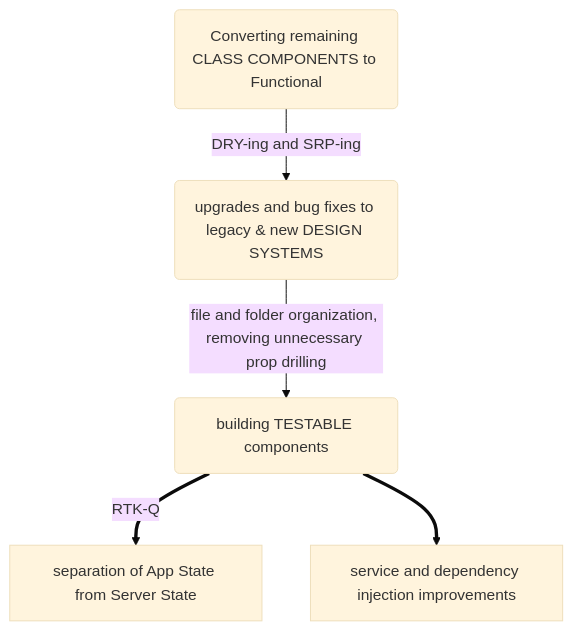
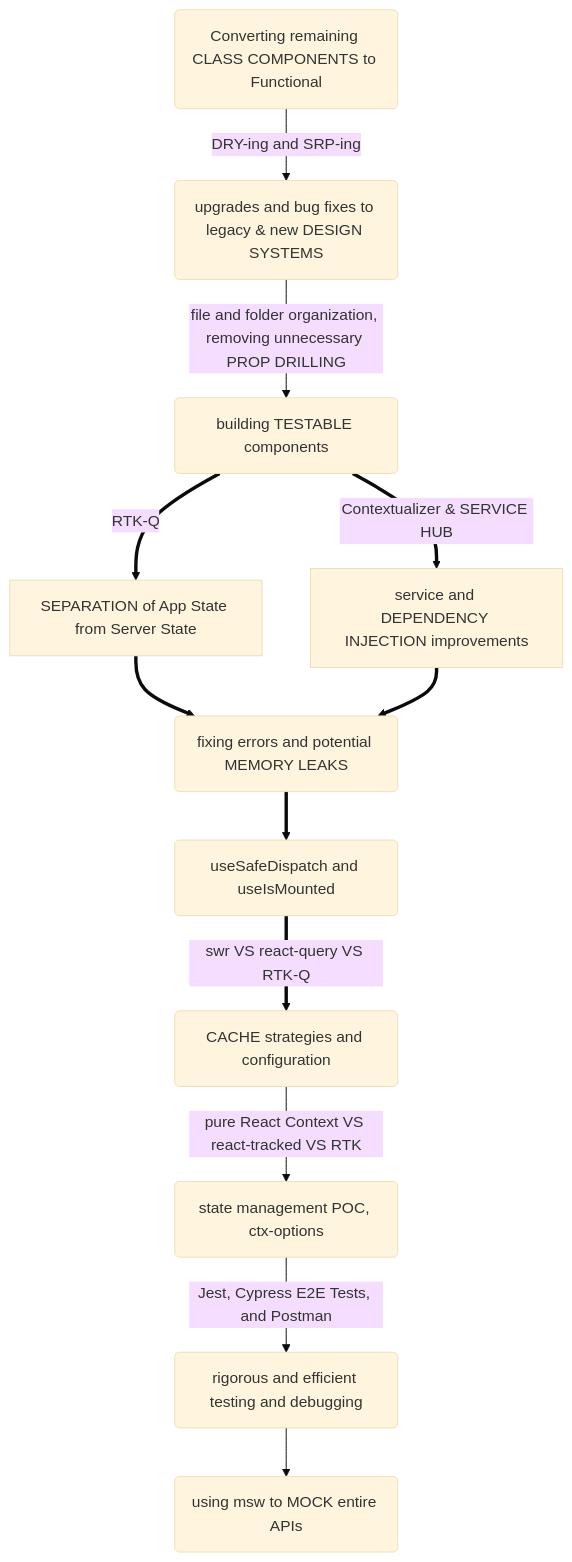
Before and after one commit to charlieargue/pan-code-samples: the second of 2 diagrams in README.md, drawn with Mermaid (base theme). The commit also changed other lines of this file, not shown here.

````diff
--- a/README.md
+++ b/README.md
@@ -216,8 +216,14 @@
 ```mermaid
 graph TD
       A(Converting remaining CLASS COMPONENTS to Functional) --> |DRY-ing and SRP-ing|B(upgrades and bug fixes to legacy & new DESIGN SYSTEMS)
-      B --> |file and folder organization, removing unnecessary prop drilling| C(building TESTABLE components)
-      C ==>|RTK-Q| D[separation of App State from Server State]
-      C ==> E[service and dependency injection improvements]
-		  
+      B --> |file and folder organization, removing unnecessary PROP DRILLING| C(building TESTABLE components)
+      C ==>|RTK-Q| D[SEPARATION of App State from Server State]
+      C ==> |Contextualizer & SERVICE HUB| E[service and DEPENDENCY INJECTION improvements]
+		  D ==> F(fixing errors and potential MEMORY LEAKS)
+		  E ==> F
+		  F ==> G(useSafeDispatch and useIsMounted)
+		  G ==> |swr VS react-query VS RTK-Q| H(CACHE strategies and configuration)
+		  H --> |pure React Context VS react-tracked VS RTK| I(state management POC, ctx-options)
+		  I --> |Jest, Cypress E2E Tests, and Postman| J(rigorous and efficient testing and debugging)
+		  J --> K(using msw to MOCK entire APIs)
 ```
````
